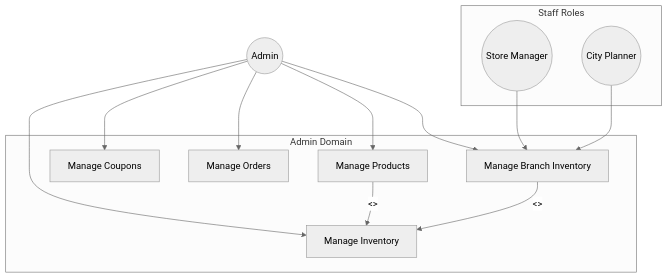
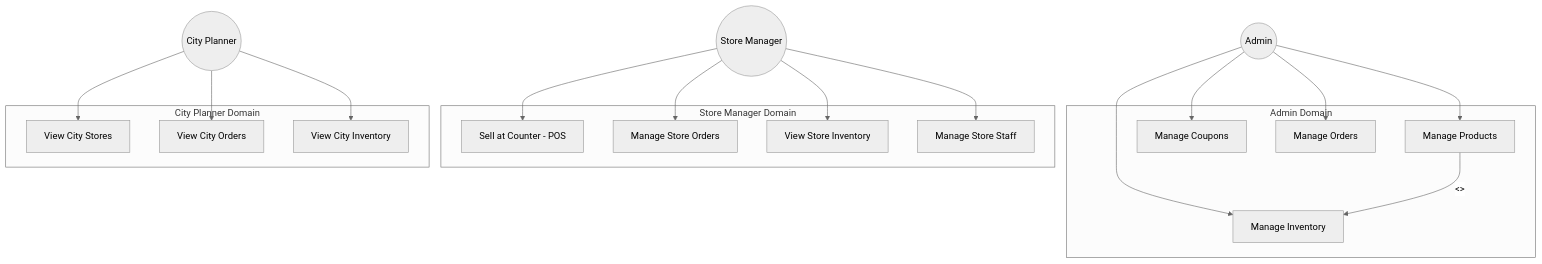
One commit to DanhTrannn/TLCN changed the third of 60 diagrams in docs/design-analysis/OOSAD_ANALYSIS.md. Above: the diagram before and after it, drawn with Mermaid (neutral theme). The commit also changed other lines of this file and 6 other files, not shown here.

````diff
--- a/docs/design-analysis/OOSAD_ANALYSIS.md
+++ b/docs/design-analysis/OOSAD_ANALYSIS.md
@@ -164,29 +167,42 @@
 ```mermaid
 graph TB
     subgraph "Admin Domain"
         UC9[Manage Products]
         UC11[Manage Inventory]
         UC12[Manage Coupons]
         UC13[Manage Orders]
-        UC17[Manage Branch Inventory]
     end
     
-    subgraph "Staff Roles"
-        StoreManager((Store Manager))
-        CityPlanner((City Planner))
+    subgraph "Store Manager Domain"
+        UC20[Sell at Counter - POS]
+        UC21[Manage Store Orders]
+        UC22[View Store Inventory]
+        UC23[Manage Store Staff]
+    end
+    
+    subgraph "City Planner Domain"
+        UC24[View City Stores]
+        UC25[View City Orders]
+        UC26[View City Inventory]
     end
     
     Admin((Admin))
+    StoreManager((Store Manager))
+    CityPlanner((City Planner))
     
     Admin --> UC9
     Admin --> UC11
     Admin --> UC12
     Admin --> UC13
-    Admin --> UC17
     
-    StoreManager --> UC17
-    CityPlanner --> UC17
+    StoreManager --> UC20
+    StoreManager --> UC21
+    StoreManager --> UC22
+    StoreManager --> UC23
+    
+    CityPlanner --> UC24
+    CityPlanner --> UC25
+    CityPlanner --> UC26
     
     UC9 -->|<<include>>| UC11
-    UC17 -->|<<extend>>| UC11
 ```
````
